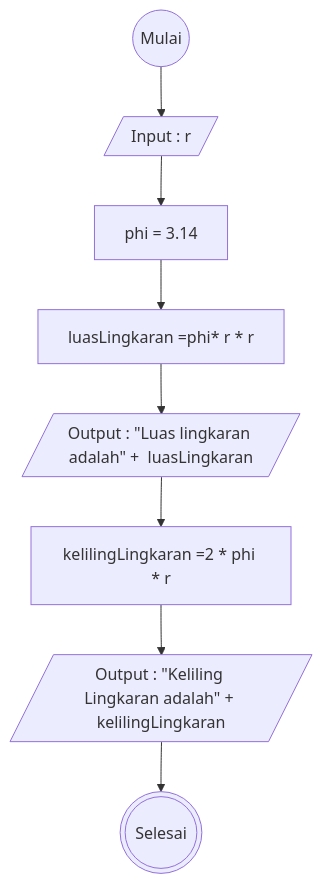
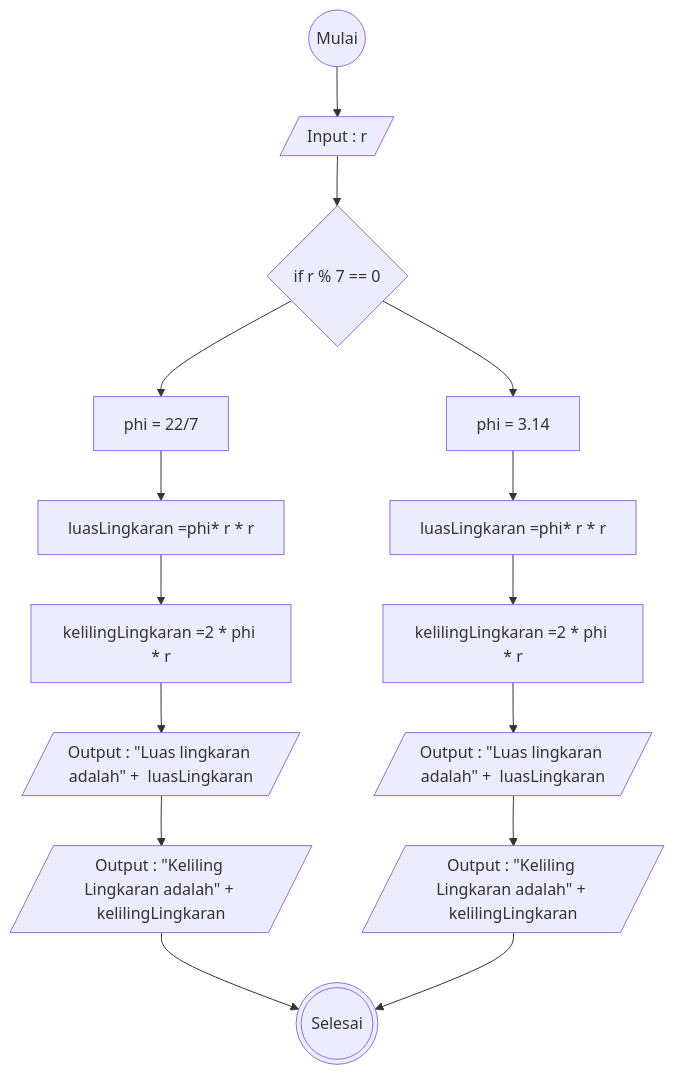
Before and after one commit to askadiliya/koda-b6-javascript1: the diagram in README.md, drawn with Mermaid.

````diff
--- a/README.md
+++ b/README.md
@@ -5,15 +5,25 @@
 ```mermaid
 flowchart TD
 A@{ shape: circle, label: "Mulai" }
 B@{ shape: lean-r, label: "Input : r" }
-C@{ shape: rect, label: "phi = 3.14" }
-D@{ shape: rect, label: "luasLingkaran =phi* r * r" }
-E@{ shape: lean-r, label: 'Output : "Luas lingkaran adalah" +  luasLingkaran' }
-F@{ shape: rect, label: "kelilingLingkaran =2 * phi * r" }
-G@{ shape: lean-r, label: 'Output : "Keliling Lingkaran adalah" + kelilingLingkaran' }
-H@{ shape: dbl-circ, label: "Selesai" }
+C@{ shape: diamond, label: "if r % 7 == 0" }
+D@{ shape: rect, label: "phi = 22/7" }
+E@{ shape: rect, label: "phi = 3.14" }
+F@{ shape: rect, label: "luasLingkaran =phi* r * r" }
+G@{ shape: lean-r, label: 'Output : "Luas lingkaran adalah" +  luasLingkaran' }
+H@{ shape: rect, label: "kelilingLingkaran =2 * phi * r" }
+I@{ shape: lean-r, label: 'Output : "Keliling Lingkaran adalah" + kelilingLingkaran' }
+J@{ shape: dbl-circ, label: "Selesai" }
+K@{ shape: rect, label: "luasLingkaran =phi* r * r" }
+L@{ shape: rect, label: "kelilingLingkaran =2 * phi * r" }
+M@{ shape: lean-r, label: 'Output : "Luas lingkaran adalah" +  luasLingkaran' }
+N@{ shape: lean-r, label: 'Output : "Keliling Lingkaran adalah" + kelilingLingkaran' }
 
-A-->B-->C-->D-->E-->F-->G-->H
+A-->B-->
+C-->D
+C-->E
+D-->F-->H-->G-->I-->J
+E-->K-->L-->M-->N-->J
 
 
 ```
````
